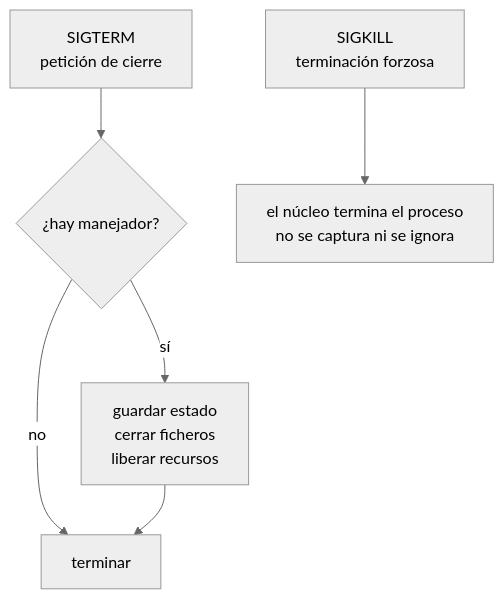
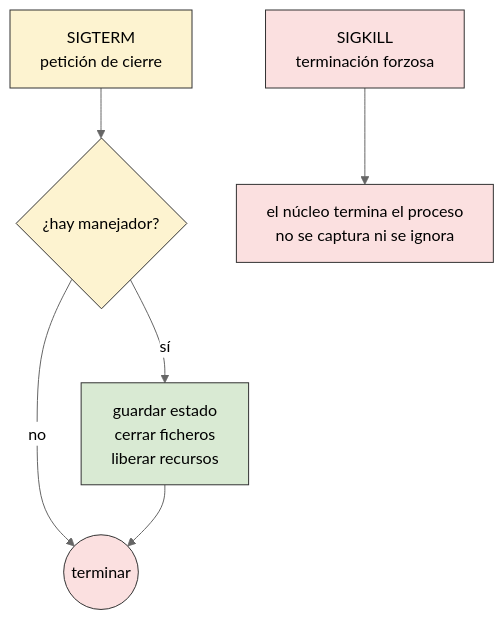
The fifth of 5 diagrams in TEORIA/08-ipc-senales/README.md (asiermarzo/ssoo), drawn with Mermaid (neutral theme) before and after one commit. The commit also changed other lines of this file and 25 other files, not shown here.

Commit message:
refinado de diagramas mermaid y svg

````diff
--- a/TEORIA/08-ipc-senales/README.md
+++ b/TEORIA/08-ipc-senales/README.md
@@ -77,8 +108,17 @@
 ```mermaid
 flowchart TB
     TERM["SIGTERM<br/>petición de cierre"] --> P{"¿hay manejador?"}
     P -->|sí| L["guardar estado<br/>cerrar ficheros<br/>liberar recursos"]
-    P -->|no| X[terminar]
+    P -->|no| X(("terminar"))
     L --> X
     KILL["SIGKILL<br/>terminación forzosa"] --> D["el núcleo termina el proceso<br/>no se captura ni se ignora"]
+
+    classDef term fill:#fdf3d0,stroke:#333,color:#000;
+    classDef decision fill:#fdf3d0,stroke:#333,color:#000;
+    classDef ok fill:#d9ead3,stroke:#333,color:#000;
+    classDef fin fill:#fbe0e0,stroke:#333,color:#000;
+    class TERM term;
+    class P decision;
+    class L ok;
+    class X,KILL,D fin;
 ```
````
